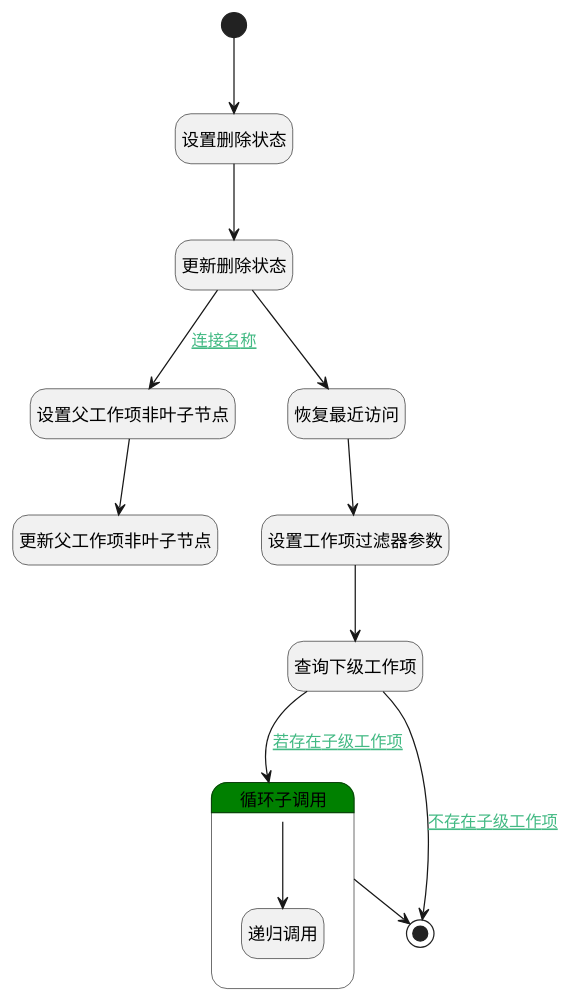
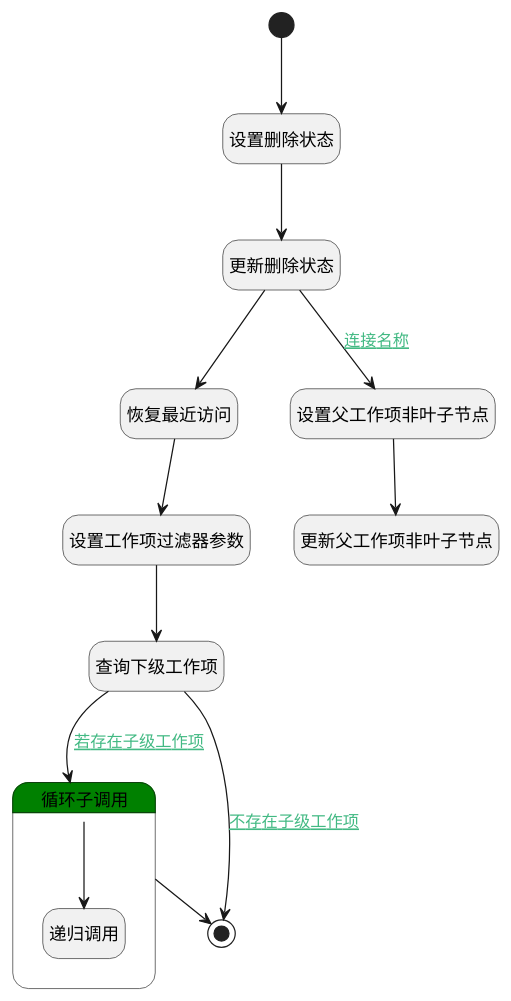
Before and after one commit to iBizLab/plm: the diagram in doc/docsify/module/ProjMgmt/work_item/logic/recover.md, drawn with PlantUML. The commit also changed other lines of this file and 1276 other files, not shown here.

````diff
--- a/doc/docsify/module/ProjMgmt/work_item/logic/recover.md
+++ b/doc/docsify/module/ProjMgmt/work_item/logic/recover.md
@@ -7,39 +7,39 @@
 ```plantuml
 @startuml
 hide empty description
 <style>
 root {
   HyperlinkColor #42b983
 }
 </style>
 
 hide empty description
 state "开始" as Begin <<start>> [[$./recover#begin {"开始"}]]
 state "设置删除状态" as PREPAREPARAM2  [[$./recover#prepareparam2 {"设置删除状态"}]]
 state "更新删除状态" as DEACTION1  [[$./recover#deaction1 {"更新删除状态"}]]
+state "恢复最近访问" as RAWSQLCALL1  [[$./recover#rawsqlcall1 {"恢复最近访问"}]]
 state "设置父工作项非叶子节点" as PREPAREPARAM3  [[$./recover#prepareparam3 {"设置父工作项非叶子节点"}]]
 state "更新父工作项非叶子节点" as DEACTION2  [[$./recover#deaction2 {"更新父工作项非叶子节点"}]]
-state "恢复最近访问" as RAWSQLCALL1  [[$./recover#rawsqlcall1 {"恢复最近访问"}]]
 state "设置工作项过滤器参数" as PREPAREPARAM1  [[$./recover#prepareparam1 {"设置工作项过滤器参数"}]]
 state "查询下级工作项" as DEDATASET1  [[$./recover#dedataset1 {"查询下级工作项"}]]
 state "结束" as END1 <<end>> [[$./recover#end1 {"结束"}]]
 state "循环子调用" as LOOPSUBCALL1  [[$./recover#loopsubcall1 {"循环子调用"}]] #green {
 state "递归调用" as DELOGIC1  [[$./recover#delogic1 {"递归调用"}]]
 }
 
 
 Begin --> PREPAREPARAM2
 PREPAREPARAM2 --> DEACTION1
 DEACTION1 --> RAWSQLCALL1
 RAWSQLCALL1 --> PREPAREPARAM1
 PREPAREPARAM1 --> DEDATASET1
 DEDATASET1 --> LOOPSUBCALL1 : [[$./recover#dedataset1-loopsubcall1{若存在子级工作项} 若存在子级工作项]]
 LOOPSUBCALL1 --> DELOGIC1
 LOOPSUBCALL1 --> END1
 DEDATASET1 --> END1 : [[$./recover#dedataset1-end1{不存在子级工作项} 不存在子级工作项]]
 DEACTION1 --> PREPAREPARAM3 : [[$./recover#deaction1-prepareparam3{连接名称} 连接名称]]
 PREPAREPARAM3 --> DEACTION2
 
 
 @enduml
 ```
````
